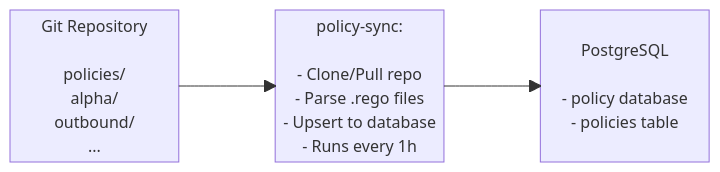
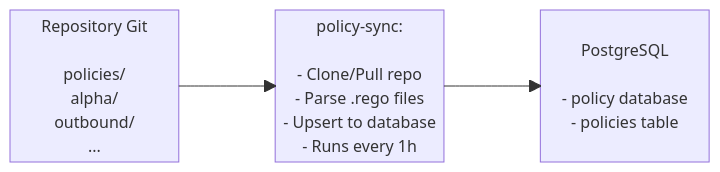
Before and after one commit to Health-Info-Net-AG/Stargate-deployment: the second of 2 diagrams in docs/it/Docker-advanced.md, drawn with Mermaid. The commit also changed other lines of this file and 16 other files, not shown here.

````diff
--- a/docs/it/Docker-advanced.md
+++ b/docs/it/Docker-advanced.md
@@ -640,23 +640,23 @@
 ```mermaid
 block
 columns 8
   A:2 space B:2 space C:2
-  A["Git Repository
+  A["Repository Git
 
       policies/
         alpha/
         outbound/
         ..."]
     A-->B
     B["policy-sync:
 
       - Clone/Pull repo
       - Parse .rego files
       - Upsert to database
       - Runs every 1h"]
     B-->C
     C["PostgreSQL
 
       - policy database
       - policies table"]
 ```
````
